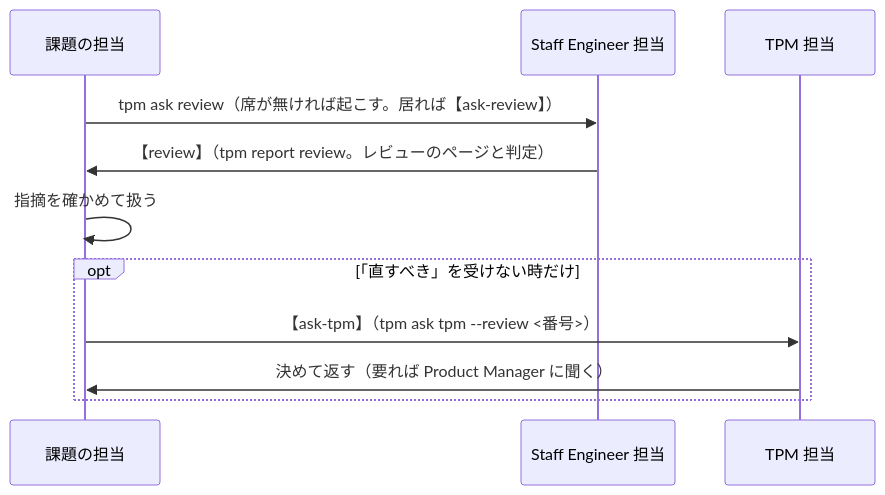
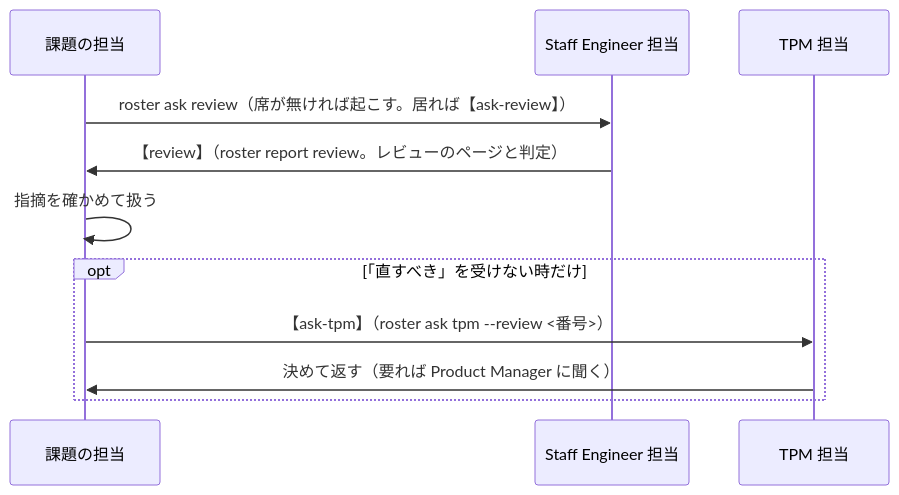
The third of 3 diagrams in docs-site/src/content/docs/protocol.md (uraitakahito/roster), drawn with Mermaid before and after one commit. The commit also changed other lines of this file and 110 other files, not shown here.

First line of the commit message:
feat: 道具の名を tpm から roster に替える（t-v28j）

````diff
--- a/docs-site/src/content/docs/protocol.md
+++ b/docs-site/src/content/docs/protocol.md
@@ -237,13 +237,13 @@
 ```mermaid
 sequenceDiagram
   participant SE as 課題の担当
   participant ST as Staff Engineer 担当
   participant TPM as TPM 担当
-  SE->>ST: tpm ask review（席が無ければ起こす。居れば【ask-review】）
-  ST->>SE: 【review】（tpm report review。レビューのページと判定）
+  SE->>ST: roster ask review（席が無ければ起こす。居れば【ask-review】）
+  ST->>SE: 【review】（roster report review。レビューのページと判定）
   SE->>SE: 指摘を確かめて扱う
   opt 「直すべき」を受けない時だけ
-    SE->>TPM: 【ask-tpm】（tpm ask tpm --review <番号>）
+    SE->>TPM: 【ask-tpm】（roster ask tpm --review <番号>）
     TPM->>SE: 決めて返す（要れば Product Manager に聞く）
   end
 ```
````
